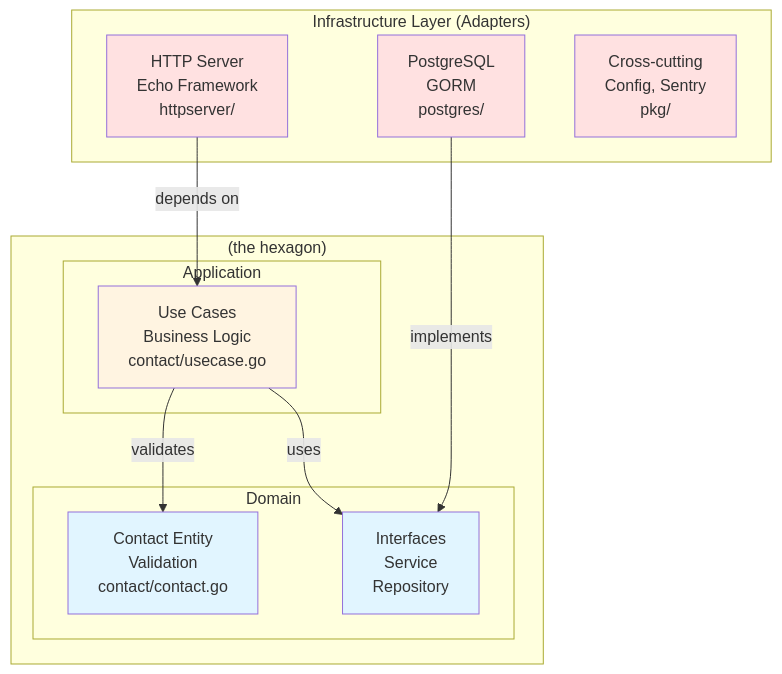
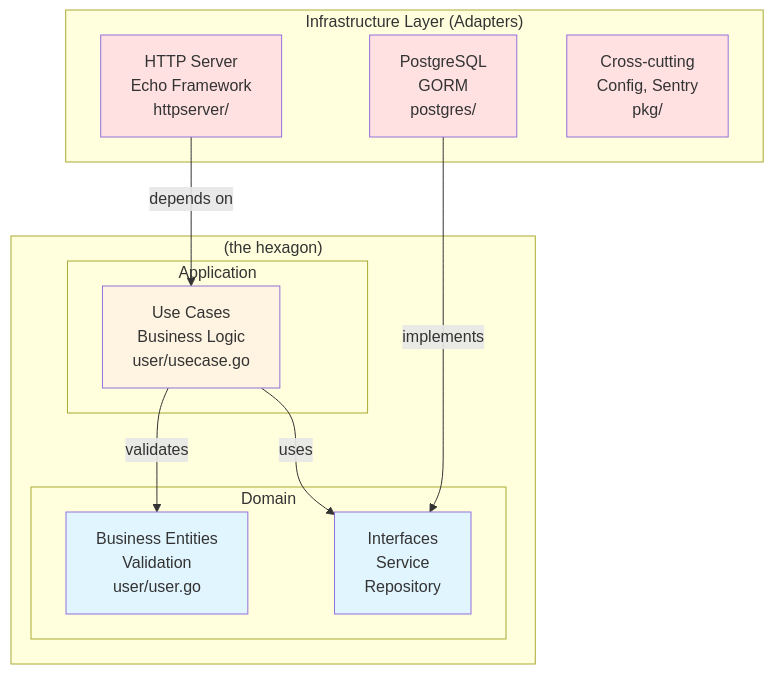
The diagram in README.md (teq-giabao/hexagon-template-v1), drawn with Mermaid before and after one commit. The commit also changed other lines of this file and 11 other files, not shown here.

````diff
--- a/README.md
+++ b/README.md
@@ -29,31 +36,31 @@
 ```mermaid
 graph TB
     subgraph "Infrastructure Layer (Adapters)"
         HTTP[HTTP Server<br/>Echo Framework<br/>httpserver/]
         DB[PostgreSQL<br/>GORM<br/>postgres/]
         PKG[Cross-cutting<br/>Config, Sentry<br/>pkg/]
     end
-    
+
     subgraph Hexagon["(the hexagon)"]
         subgraph "Application"
-            UC[Use Cases<br/>Business Logic<br/>contact/usecase.go]
+        UC[Use Cases<br/>Business Logic<br/>user/usecase.go]
         end
-        
+
         subgraph "Domain"
-            ENT[Contact Entity<br/>Validation<br/>contact/contact.go]
+        ENT[Business Entities<br/>Validation<br/>user/user.go]
             INTF[Interfaces<br/>Service<br/>Repository]
         end
     end
-    
+
     HTTP -->|depends on| UC
     DB -->|implements| INTF
     UC -->|uses| INTF
     UC -->|validates| ENT
-    
+
     style ENT fill:#e1f5ff
     style INTF fill:#e1f5ff
     style UC fill:#fff4e1
     style HTTP fill:#ffe1e1
     style DB fill:#ffe1e1
     style PKG fill:#ffe1e1
 ```
````
